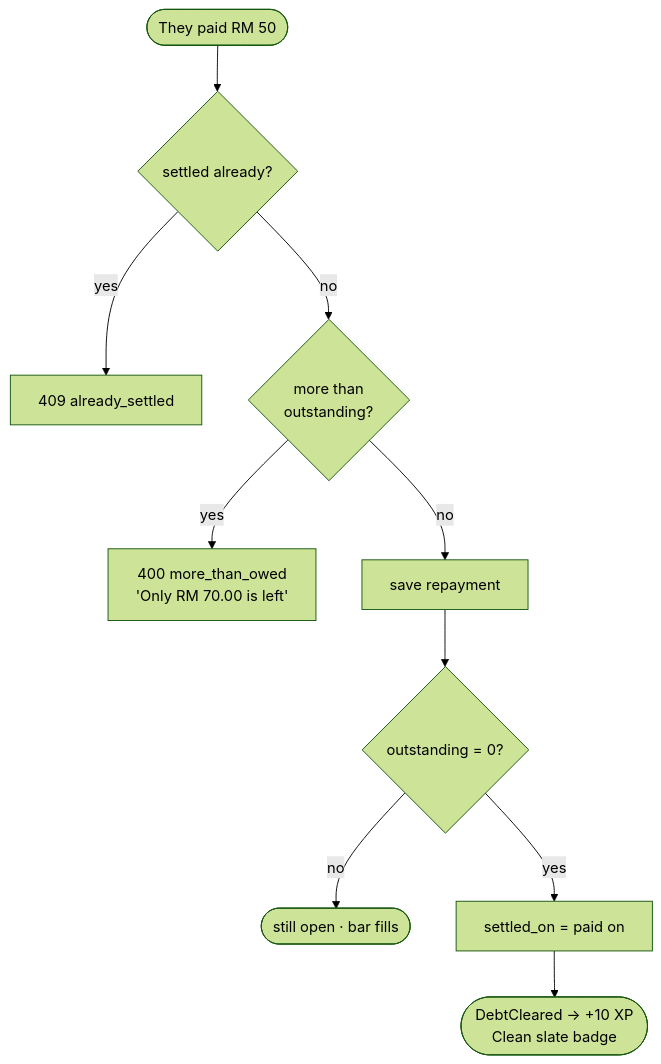
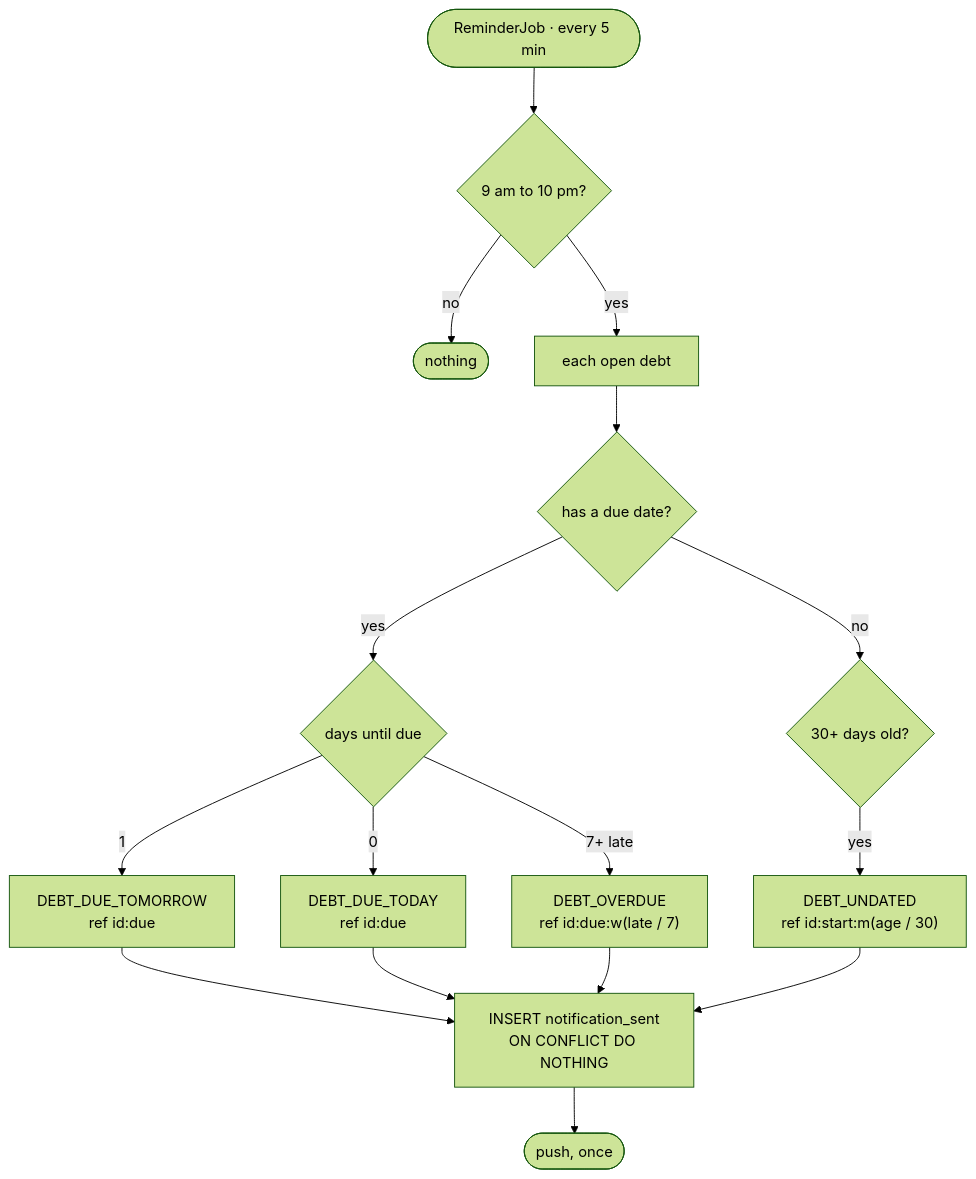
The ninth of 12 diagrams in docs/FEATURES.md (Morker/krugworld), drawn with Mermaid (forest theme) before and after one commit. The commit also changed other lines of this file and 26 other files, not shown here.

````diff
--- a/docs/FEATURES.md
+++ b/docs/FEATURES.md
@@ -243,10 +238,13 @@
 ```mermaid
 flowchart TD
-    pay(["They paid RM 50"]) --> chk{"settled already?"}
-    chk -- yes --> c409["409 already_settled"]
-    chk -- no --> more{"more than<br/>outstanding?"}
-    more -- yes --> b400["400 more_than_owed<br/>'Only RM 70.00 is left'"]
-    more -- no --> save["save repayment"] --> zero{"outstanding = 0?"}
-    zero -- no --> open(["still open · bar fills"])
-    zero -- yes --> settle["settled_on = paid on"] --> xp(["DebtCleared → +10 XP<br/>Clean slate badge"])
+    job(["ReminderJob · every 5 min"]) --> hrs{"9 am to 10 pm?"}
+    hrs -- no --> quiet(["nothing"])
+    hrs -- yes --> each["each open debt"] --> due{"has a due date?"}
+    due -- yes --> when{"days until due"}
+    when -- "1" --> tom["DEBT_DUE_TOMORROW<br/>ref id:due"]
+    when -- "0" --> tod["DEBT_DUE_TODAY<br/>ref id:due"]
+    when -- "7+ late" --> od["DEBT_OVERDUE<br/>ref id:due:w(late / 7)"]
+    due -- no --> age{"30+ days old?"}
+    age -- yes --> und["DEBT_UNDATED<br/>ref id:start:m(age / 30)"]
+    tom & tod & od & und --> claim["INSERT notification_sent<br/>ON CONFLICT DO NOTHING"] --> send(["push, once"])
 ```
````
